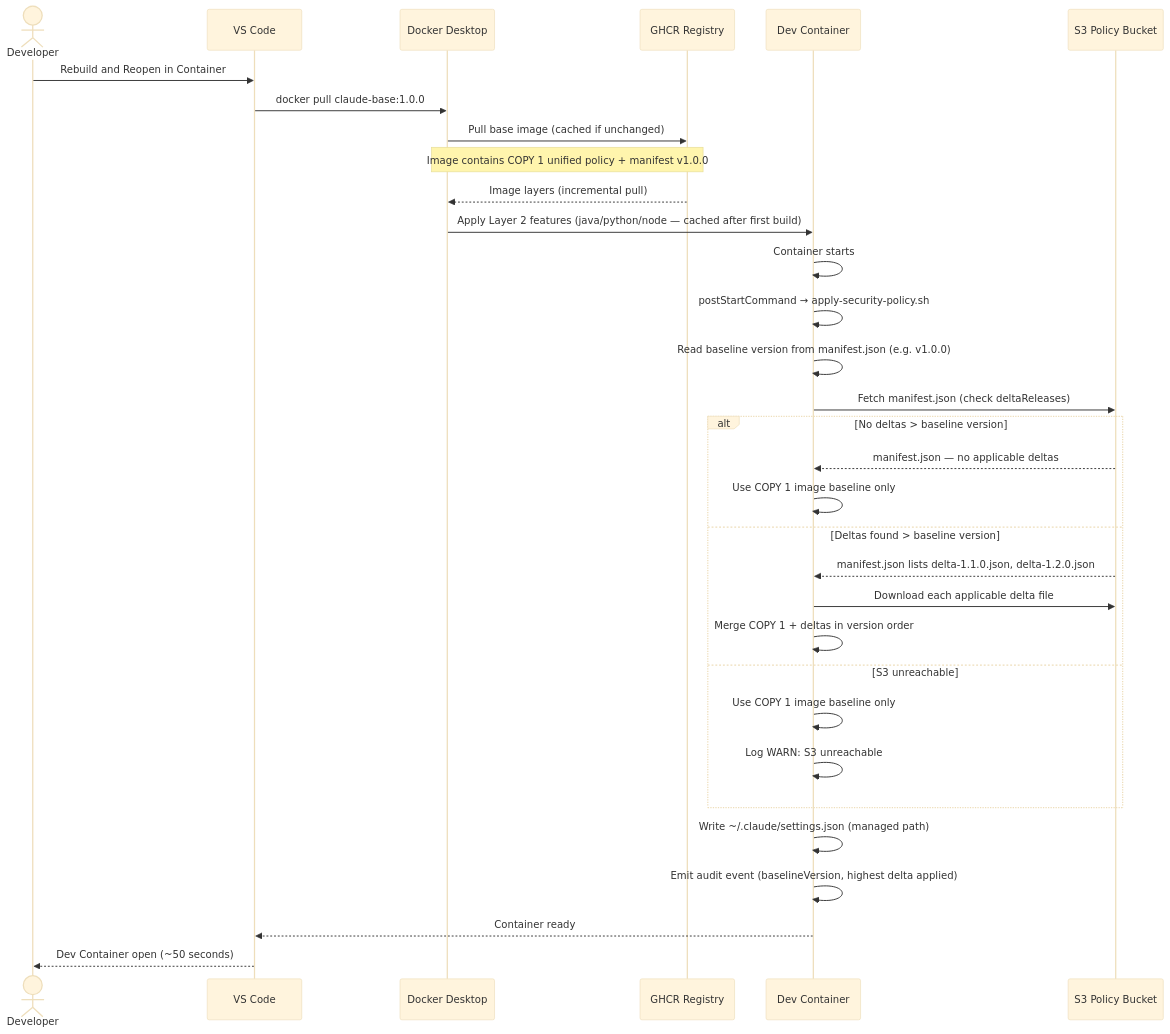
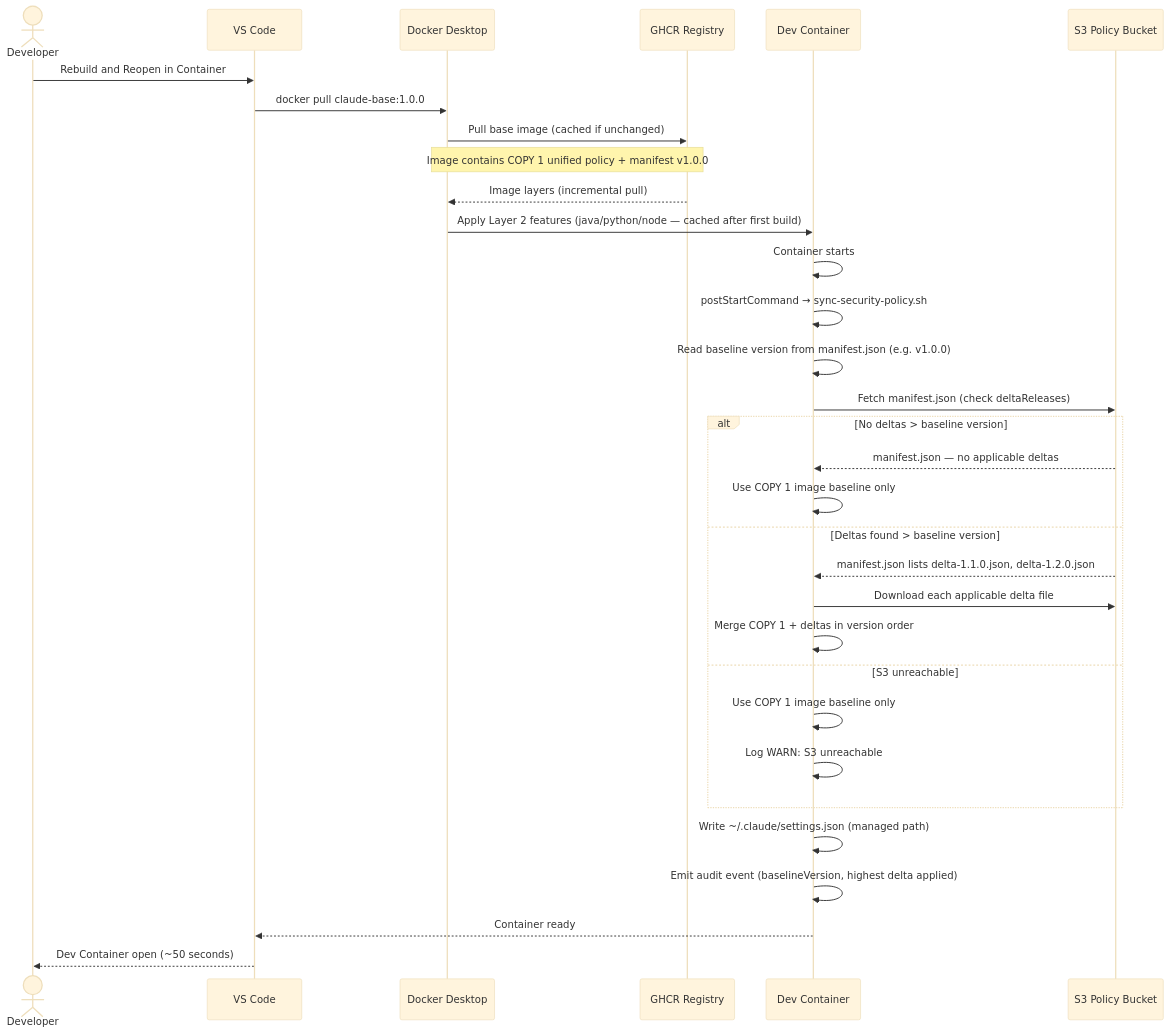
Before and after one commit to ashrujitpal1/devcontainer-feature-cg: the fifth of 7 diagrams in ARCHITECTURE.md, drawn with Mermaid (base theme). The commit also changed other lines of this file and 9 other files, not shown here.

Commit message:
rename: apply-security-policy.sh -> sync-security-policy.sh for clarity

````diff
--- a/ARCHITECTURE.md
+++ b/ARCHITECTURE.md
@@ -303,35 +303,35 @@
 ```mermaid
 sequenceDiagram
     actor Dev as Developer
     participant VS as VS Code
     participant DD as Docker Desktop
     participant REG as GHCR Registry
     participant DC as Dev Container
     participant S3 as S3 Policy Bucket
 
     Dev->>VS: Rebuild and Reopen in Container
     VS->>DD: docker pull claude-base:1.0.0
     DD->>REG: Pull base image (cached if unchanged)
     Note over DD,REG: Image contains COPY 1 unified policy + manifest v1.0.0
     REG-->>DD: Image layers (incremental pull)
     DD->>DC: Apply Layer 2 features (java/python/node — cached after first build)
     DC->>DC: Container starts
-    DC->>DC: postStartCommand → apply-security-policy.sh
+    DC->>DC: postStartCommand → sync-security-policy.sh
     DC->>DC: Read baseline version from manifest.json (e.g. v1.0.0)
     DC->>S3: Fetch manifest.json (check deltaReleases)
     alt No deltas > baseline version
         S3-->>DC: manifest.json — no applicable deltas
         DC->>DC: Use COPY 1 image baseline only
     else Deltas found > baseline version
         S3-->>DC: manifest.json lists delta-1.1.0.json, delta-1.2.0.json
         DC->>S3: Download each applicable delta file
         DC->>DC: Merge COPY 1 + deltas in version order
     else S3 unreachable
         DC->>DC: Use COPY 1 image baseline only
         DC->>DC: Log WARN: S3 unreachable
     end
     DC->>DC: Write ~/.claude/settings.json (managed path)
     DC->>DC: Emit audit event (baselineVersion, highest delta applied)
     DC-->>VS: Container ready
     VS-->>Dev: Dev Container open (~50 seconds)
 ```
````
